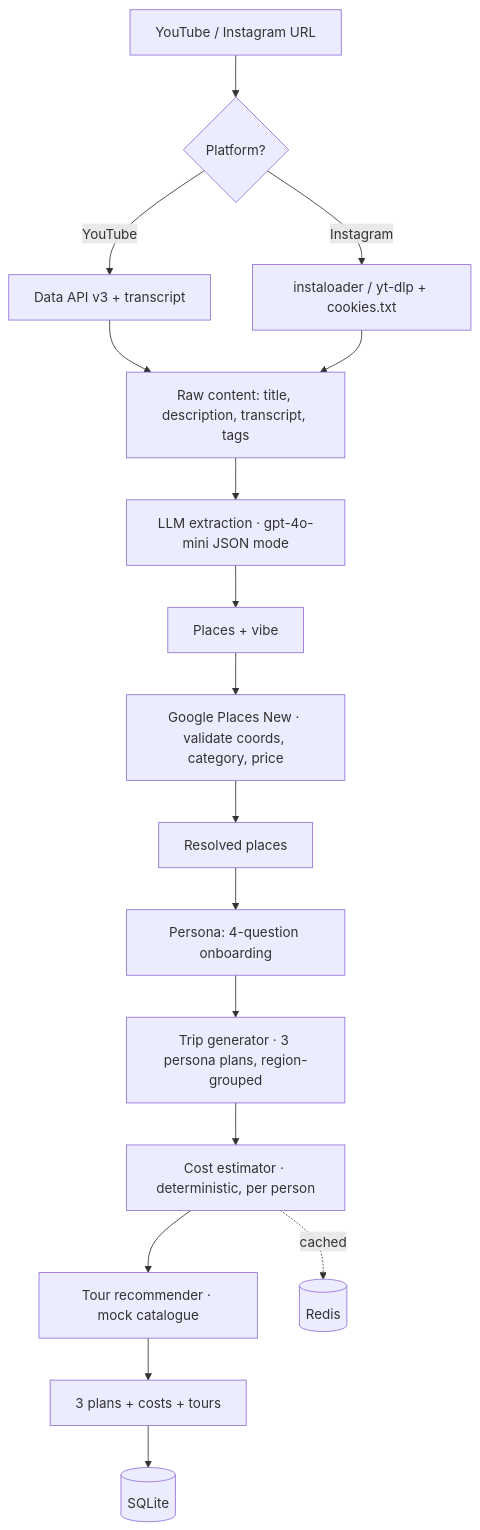
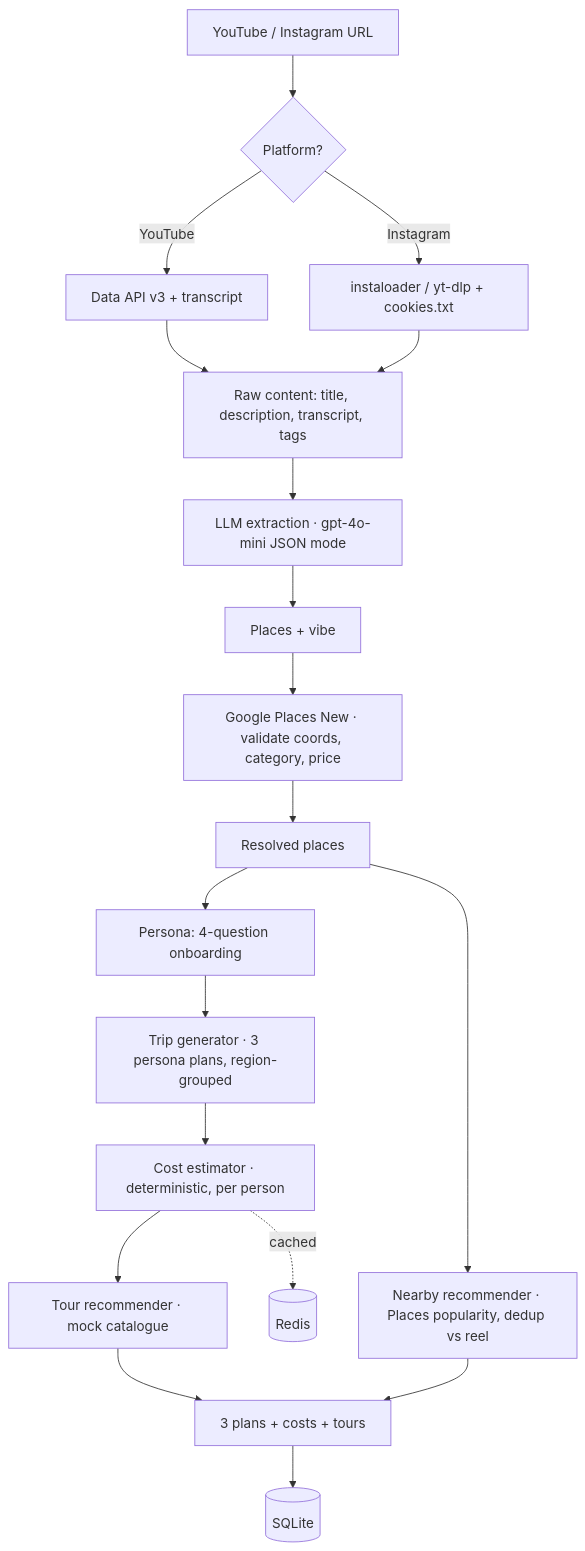
The diagram in README.md (meetvaghani12/reel-to-itinerary), drawn with Mermaid before and after one commit. The commit also changed other lines of this file, not shown here.

First line of the commit message:
docs: document distance flights, nearby recs, co-location & place details

````diff
--- a/README.md
+++ b/README.md
@@ -52,18 +52,21 @@
 ```mermaid
 flowchart TD
     A[YouTube / Instagram URL] --> B{Platform?}
     B -->|YouTube| C[Data API v3 + transcript]
     B -->|Instagram| D[instaloader / yt-dlp + cookies.txt]
     C --> E[Raw content: title, description, transcript, tags]
     D --> E
     E --> F[LLM extraction · gpt-4o-mini JSON mode]
     F --> G[Places + vibe]
     G --> H[Google Places New · validate coords, category, price]
     H --> I[Resolved places]
     I --> P[Persona: 4-question onboarding]
     P --> J[Trip generator · 3 persona plans, region-grouped]
     J --> K[Cost estimator · deterministic, per person]
     K --> L[Tour recommender · mock catalogue]
-    L --> M[3 plans + costs + tours] --> N[(SQLite)]
+    I --> Q[Nearby recommender · Places popularity, dedup vs reel]
+    L --> M[3 plans + costs + tours]
+    Q --> M
+    M --> N[(SQLite)]
     K -.->|cached| R[(Redis)]
 ```
````
